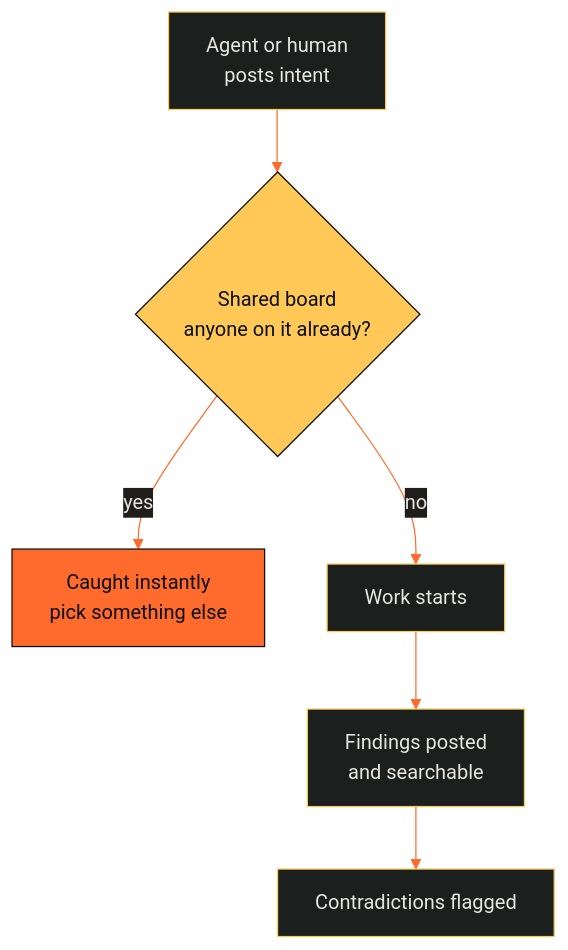
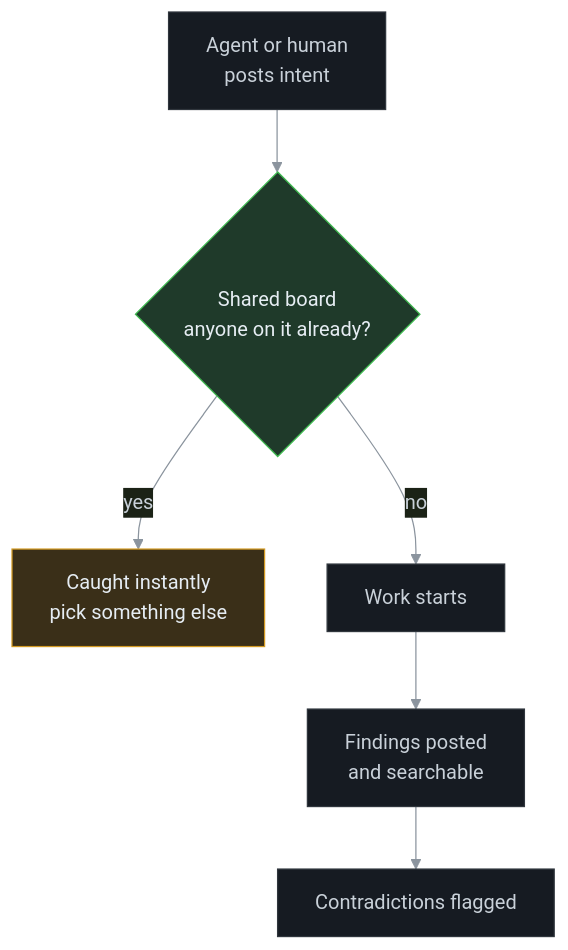
Before and after one commit to bowsii/bowsii: the second of 4 diagrams in README.md, drawn with Mermaid. The commit also changed other lines of this file, not shown here.

````diff
--- a/README.md
+++ b/README.md
@@ -108,13 +108,13 @@
 ```mermaid
-%%{init: {'theme':'base','themeVariables':{'primaryColor':'#1B201E','primaryBorderColor':'#FFC857','primaryTextColor':'#E8E6E1','lineColor':'#FF6B2C','fontFamily':'monospace'}}}%%
+%%{init: {'theme':'base','themeVariables':{'primaryColor':'#161B22','primaryBorderColor':'#30363D','primaryTextColor':'#C9D1D9','lineColor':'#8B949E','fontFamily':'monospace'}}}%%
 flowchart TD
   A["Agent or human<br/>posts intent"] --> B{"Shared board<br/>anyone on it already?"}
   B -- yes --> C["Caught instantly<br/>pick something else"]
   B -- no --> D["Work starts"]
   D --> E["Findings posted<br/>and searchable"]
   E --> F["Contradictions flagged"]
-  classDef hot fill:#FFC857,stroke:#0B0F0E,color:#0B0F0E
-  classDef warn fill:#FF6B2C,stroke:#0B0F0E,color:#0B0F0E
+  classDef hot fill:#1F3A2A,stroke:#3FB950,color:#E6EDF3
+  classDef gold fill:#3A2F18,stroke:#D29922,color:#E6EDF3
   class B hot
-  class C warn
+  class C gold
 ```
````
